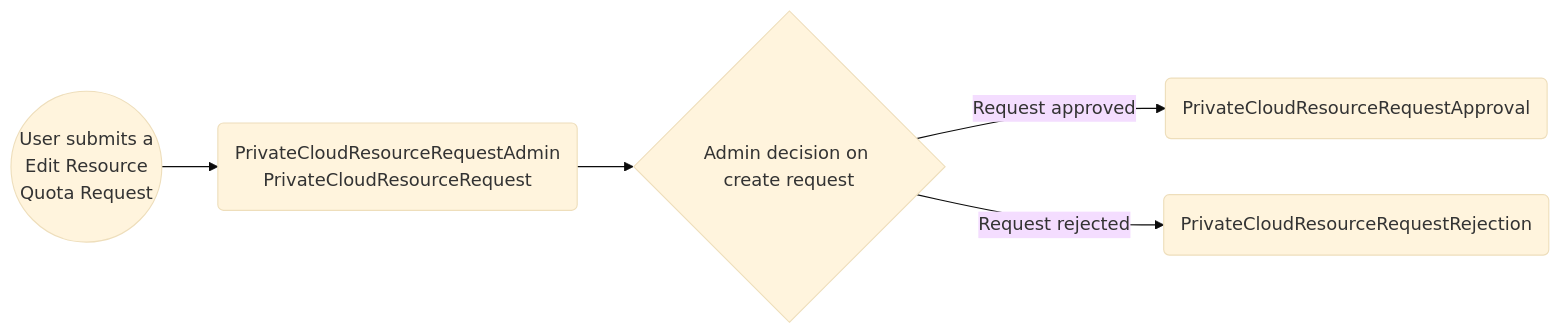
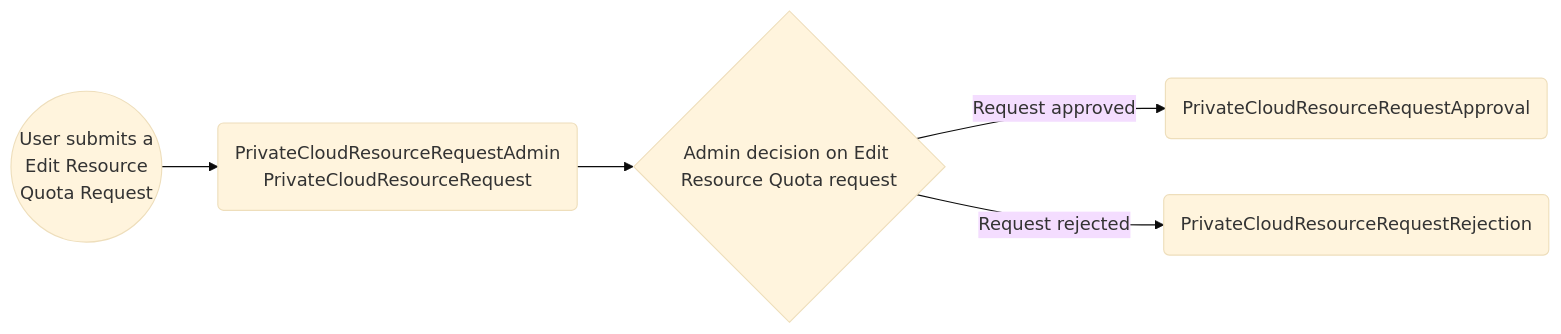
The second of 5 diagrams in docs/email-scenarios-private-cloud.md (bcgov/platform-services-registry), drawn with Mermaid (base theme) before and after one commit. The commit also changed other lines of this file, not shown here.

Commit message:
Update email-scenarios with Mixed Quota and Contacts Edit Request case

````diff
--- a/docs/email-scenarios-private-cloud.md
+++ b/docs/email-scenarios-private-cloud.md
@@ -78,7 +78,7 @@
 ```mermaid
 flowchart LR
     A((User submits a <br>Edit Resource <br> Quota Request)) --> B(PrivateCloudResourceRequestAdmin<br>PrivateCloudResourceRequest)
-    B --> C{Admin decision on create request}
+    B --> C{Admin decision on Edit Resource Quota request}
     C -->|Request approved| D(PrivateCloudResourceRequestApproval)
     C -->|Request rejected| E(PrivateCloudResourceRequestRejection)
 ```
````
